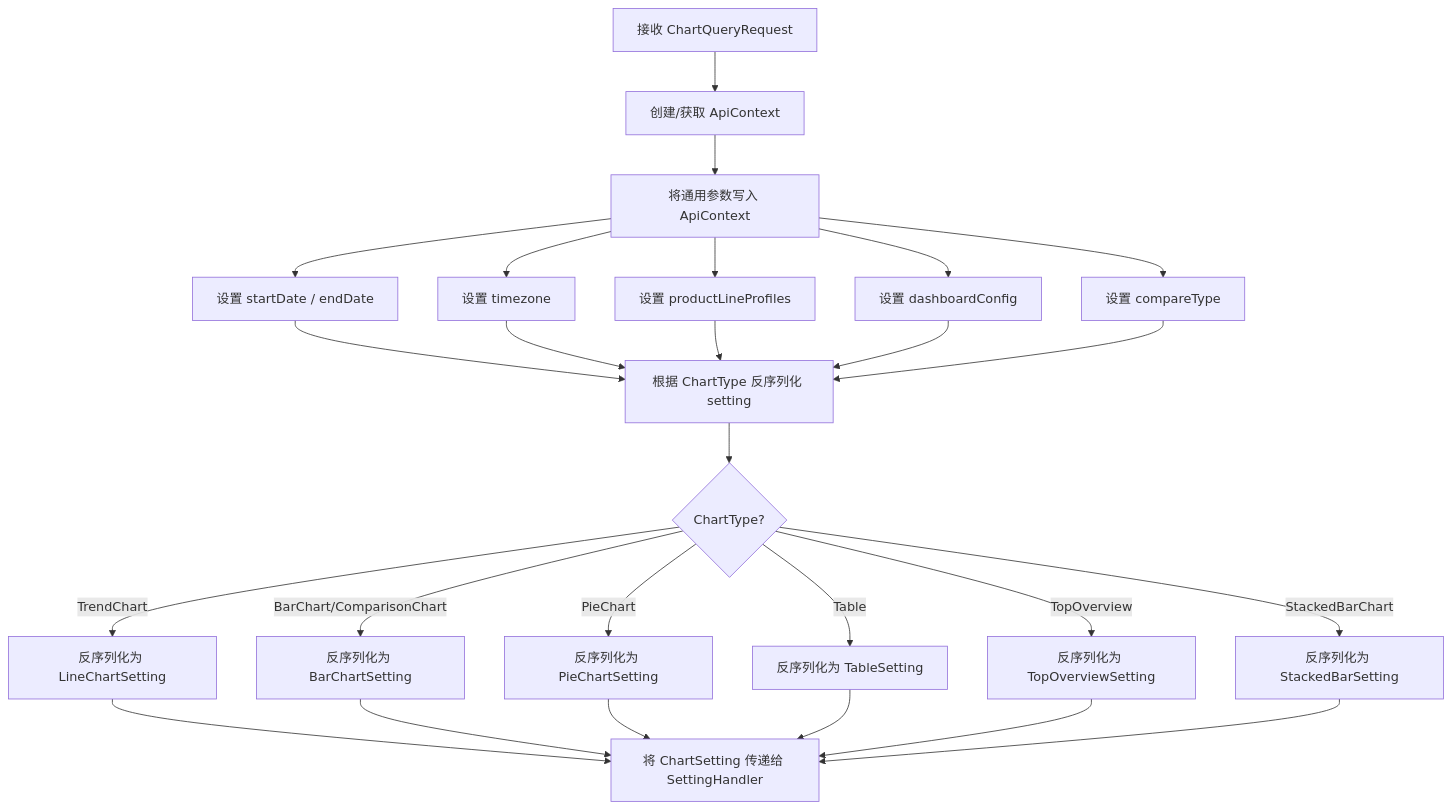
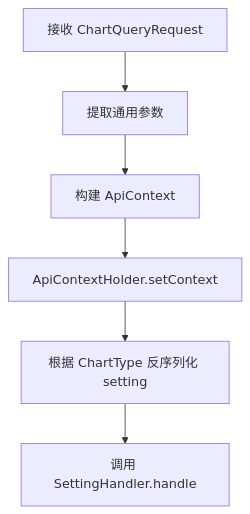
One commit to suoweiwei-pacvue/document-automation changed the second of 7 diagrams in output/01-core-api.md. Above: the diagram before and after it, drawn with Mermaid. The commit also changed other lines of this file and 55 other files, not shown here.

````diff
--- a/output/01-core-api.md
+++ b/output/01-core-api.md
@@ -242,19 +358,8 @@
 ```mermaid
 flowchart TD
-    A[接收 ChartQueryRequest] --> B[创建/获取 ApiContext]
-    B --> C[将通用参数写入 ApiContext]
-    C --> C1[设置 startDate / endDate]
-    C --> C2[设置 timezone]
-    C --> C3[设置 productLineProfiles]
-    C --> C4[设置 dashboardConfig]
-    C --> C5[设置 compareType]
-    C1 & C2 & C3 & C4 & C5 --> D[根据 ChartType 反序列化 setting]
-    D --> D1{ChartType?}
-    D1 -->|TrendChart| E1[反序列化为 LineChartSetting]
-    D1 -->|BarChart/ComparisonChart| E2[反序列化为 BarChartSetting]
-    D1 -->|PieChart| E3[反序列化为 PieChartSetting]
-    D1 -->|Table| E4[反序列化为 TableSetting]
-    D1 -->|TopOverview| E5[反序列化为 TopOverviewSetting]
-    D1 -->|StackedBarChart| E6[反序列化为 StackedBarSetting]
-    E1 & E2 & E3 & E4 & E5 & E6 --> F[将 ChartSetting 传递给 SettingHandler]
+    A[接收 ChartQueryRequest] --> B[提取通用参数]
+    B --> C[构建 ApiContext]
+    C --> D[ApiContextHolder.setContext]
+    D --> E[根据 ChartType 反序列化 setting]
+    E --> F[调用 SettingHandler.handle]
 ```
````
